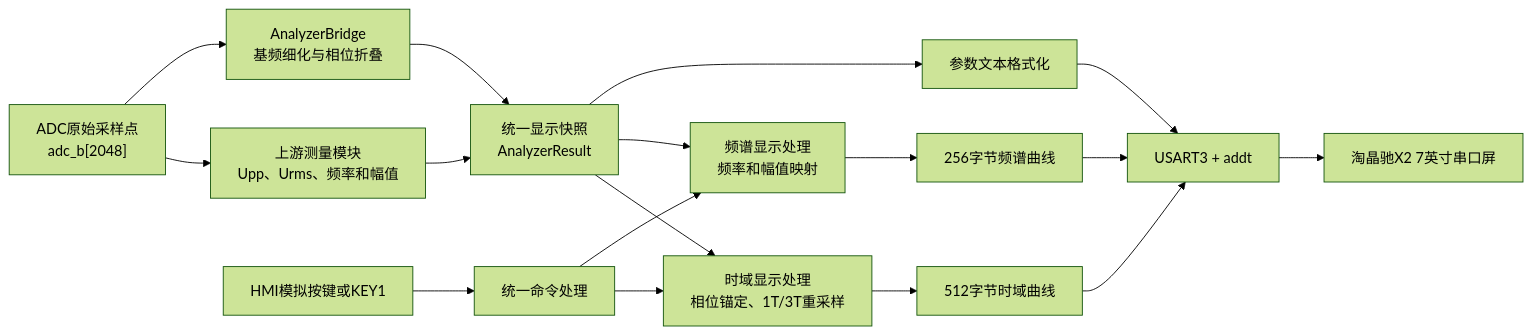
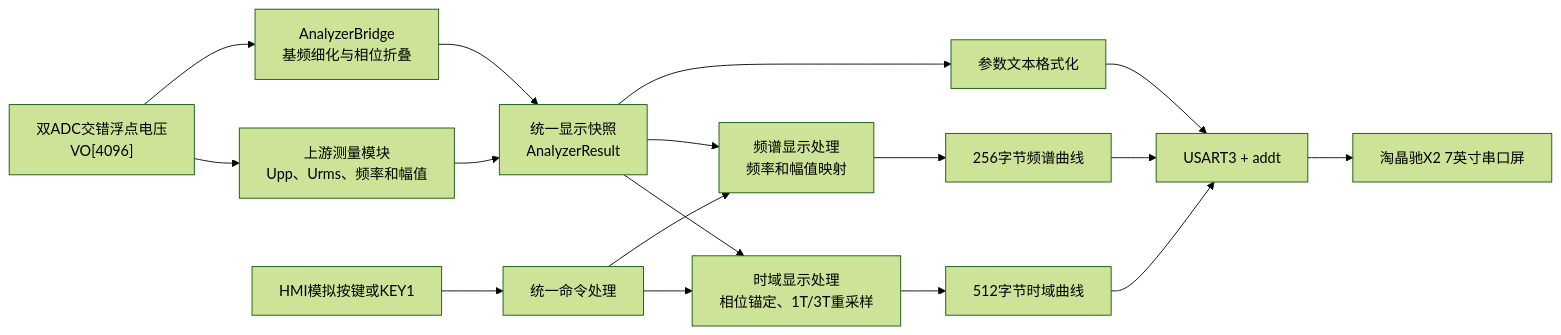
The first of 6 diagrams in G_Periodic_Signal_Analyzer/docs/05_report/REPORT_DISPLAY_MODULE_DRAFT.md (Git-ys1/STM32G474-Periodic-Signal-Analyzer), drawn with Mermaid (forest theme) before and after one commit. The commit also changed other lines of this file and 95 other files, not shown here.

````diff
--- a/G_Periodic_Signal_Analyzer/docs/05_report/REPORT_DISPLAY_MODULE_DRAFT.md
+++ b/G_Periodic_Signal_Analyzer/docs/05_report/REPORT_DISPLAY_MODULE_DRAFT.md
@@ -76,19 +76,19 @@
 ```mermaid
 flowchart LR
-    A["ADC原始采样点<br/>adc_b[2048]"] --> B["上游测量模块<br/>Upp、Urms、频率和幅值"]
+    A["双ADC交错浮点电压<br/>VO[4096]"] --> B["上游测量模块<br/>Upp、Urms、频率和幅值"]
     A --> C["AnalyzerBridge<br/>基频细化与相位折叠"]
     B --> D["统一显示快照<br/>AnalyzerResult"]
     C --> D
     D --> E["时域显示处理<br/>相位锚定、1T/3T重采样"]
     D --> F["频谱显示处理<br/>频率和幅值映射"]
     E --> G["512字节时域曲线"]
     F --> H["256字节频谱曲线"]
     G --> I["USART3 + addt"]
     H --> I
     D --> J["参数文本格式化"]
     J --> I
     I --> K["淘晶驰X2 7英寸串口屏"]
     L["HMI模拟按键或KEY1"] --> M["统一命令处理"]
     M --> E
     M --> F
 ```
````
